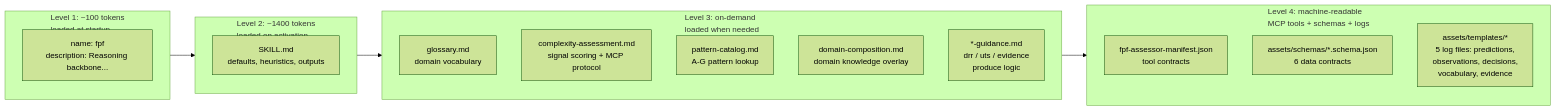
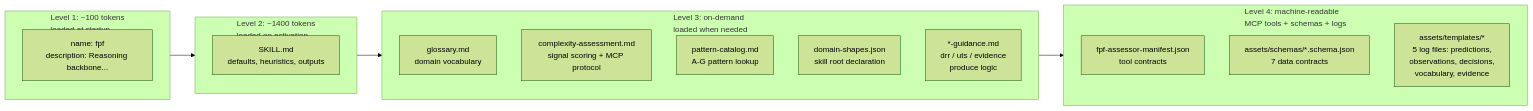
One commit to TheLazzziest/forge changed the first of 2 diagrams in files/skills/fpf/README.md. Above: the diagram before and after it, drawn with Mermaid (forest theme). The commit also changed other lines of this file and 7 other files, not shown here.

Commit message:
feat: enforce fpf wiring on compaction. add examples for fpf artifacts. added a domain shapes. update readme

````diff
--- a/files/skills/fpf/README.md
+++ b/files/skills/fpf/README.md
@@ -178,26 +179,27 @@
 ```mermaid
 flowchart LR
     subgraph L1["Level 1: ~100 tokens<br/>loaded at startup"]
         META["name: fpf<br/>description: Reasoning backbone..."]
     end
 
     subgraph L2["Level 2: ~1400 tokens<br/>loaded on activation"]
         SKILL["SKILL.md<br/>defaults, heuristics, outputs"]
     end
 
     subgraph L3["Level 3: on-demand<br/>loaded when needed"]
         GLOSSARY["glossary.md<br/>domain vocabulary"]
         COMPLEX["complexity-assessment.md<br/>signal scoring + MCP protocol"]
         PATTERNS["pattern-catalog.md<br/>A-G pattern lookup"]
         DOMAIN["domain-composition.md<br/>domain knowledge overlay"]
         GUIDANCE["*-guidance.md<br/>drr / uts / evidence<br/>produce logic"]
     end
 
     subgraph L4["Level 4: machine-readable<br/>MCP tools + schemas + logs"]
+        DOMAIN["domain-shapes.json<br/>skill root declaration"]
         MANIFEST["fpf-assessor-manifest.json<br/>tool contracts"]
-        SCHEMAS["assets/schemas/*.schema.json<br/>6 data contracts"]
+        SCHEMAS["assets/schemas/*.schema.json<br/>7 data contracts"]
         TEMPLATES["assets/templates/*<br/>5 log files: predictions,<br/>observations, decisions,<br/>vocabulary, evidence"]
     end
 
     L1 --> L2 --> L3 --> L4
 ```
````
